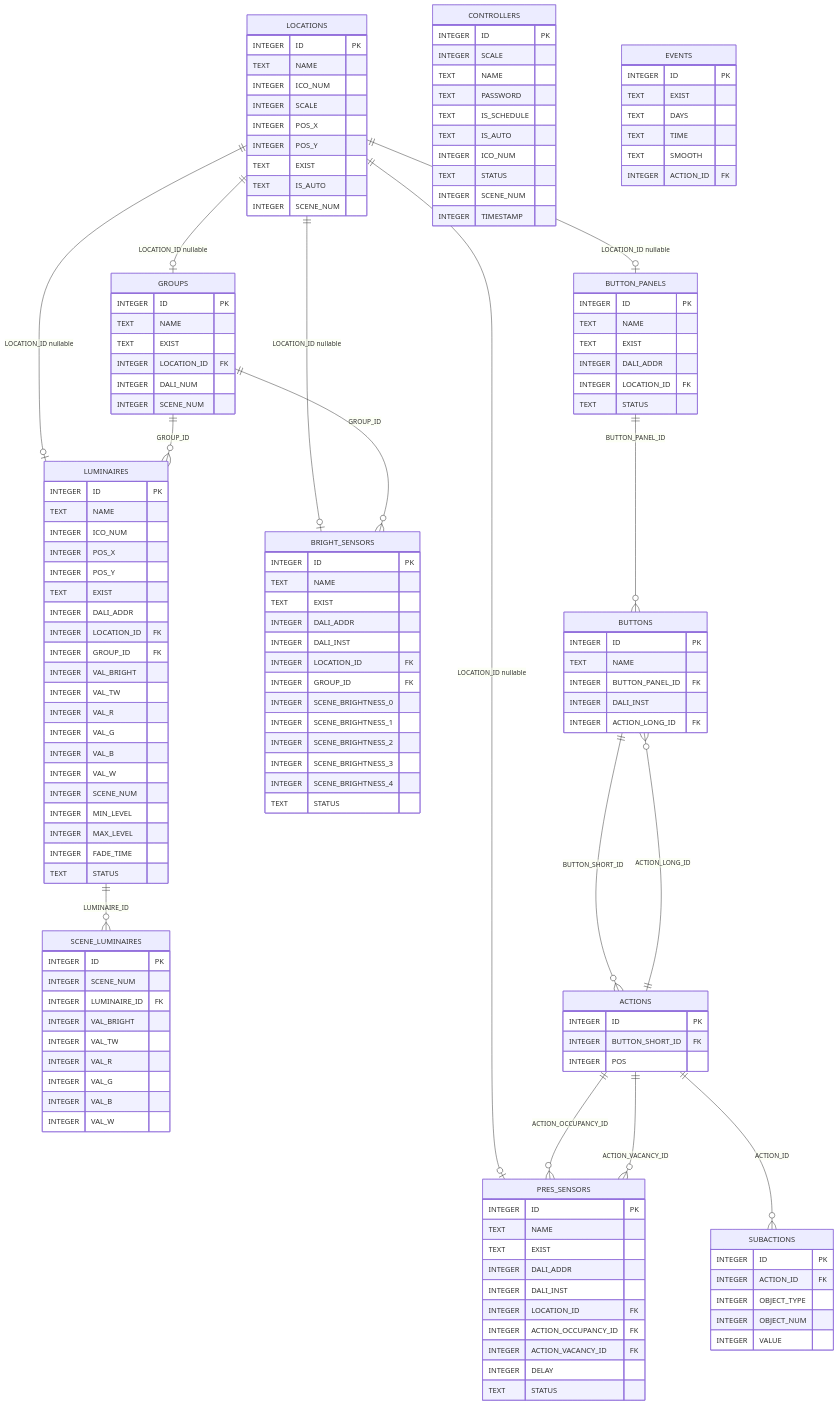
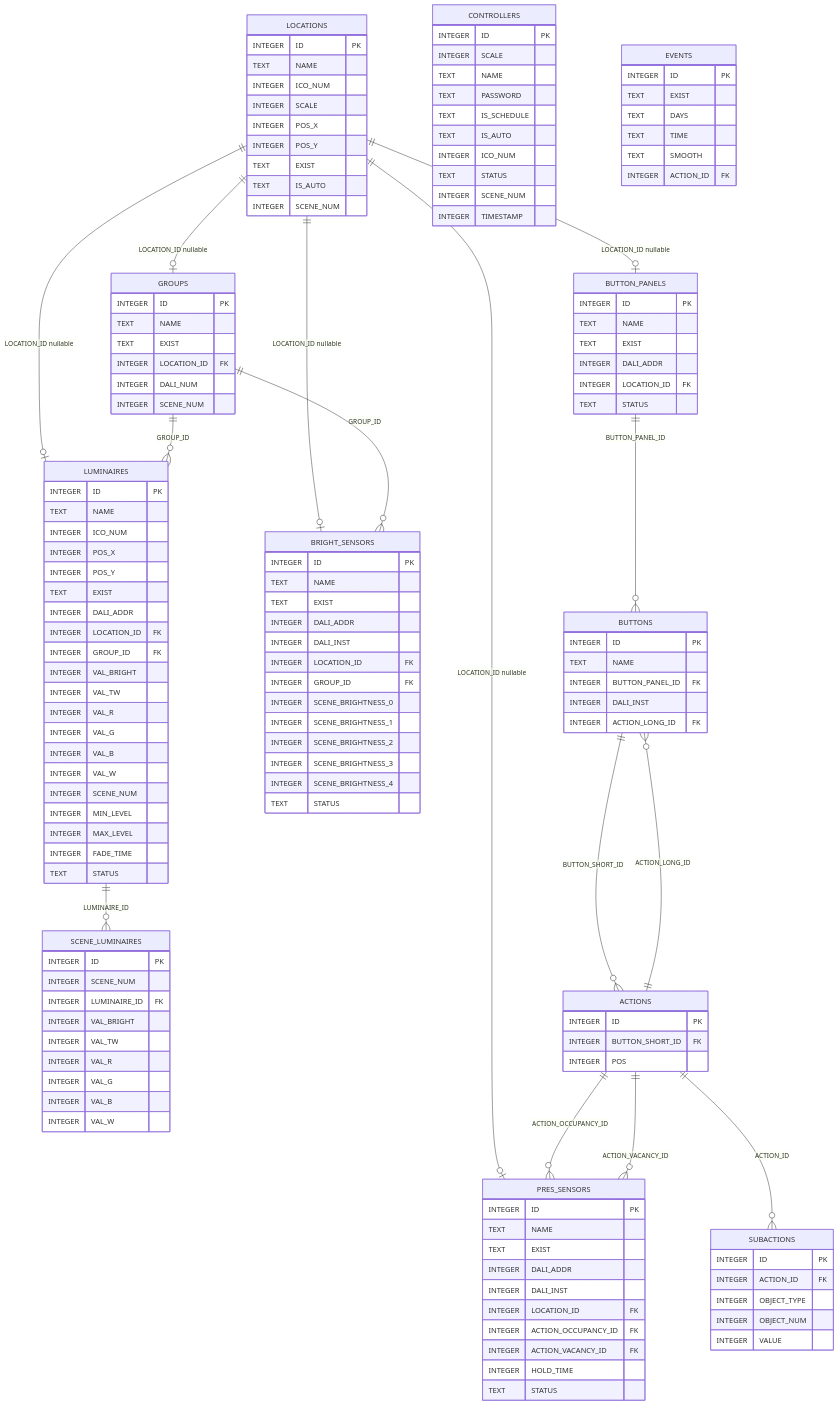
Before and after one commit to KhudyakovAlex/Synapse: the diagram in PDS/SynapsePDS_APP_DB_scheme.md, drawn with Mermaid. The commit also changed other lines of this file and 15 other files, not shown here.

Commit message:
Rename DELAY to HOLD_TIME in PRES_SENSORS table

```diff
--- a/PDS/SynapsePDS_APP_DB_scheme.md
+++ b/PDS/SynapsePDS_APP_DB_scheme.md
@@ -99,7 +99,7 @@
         INTEGER LOCATION_ID FK
         INTEGER ACTION_OCCUPANCY_ID FK
         INTEGER ACTION_VACANCY_ID FK
-        INTEGER DELAY
+        INTEGER HOLD_TIME
         TEXT STATUS
     }
 
```
